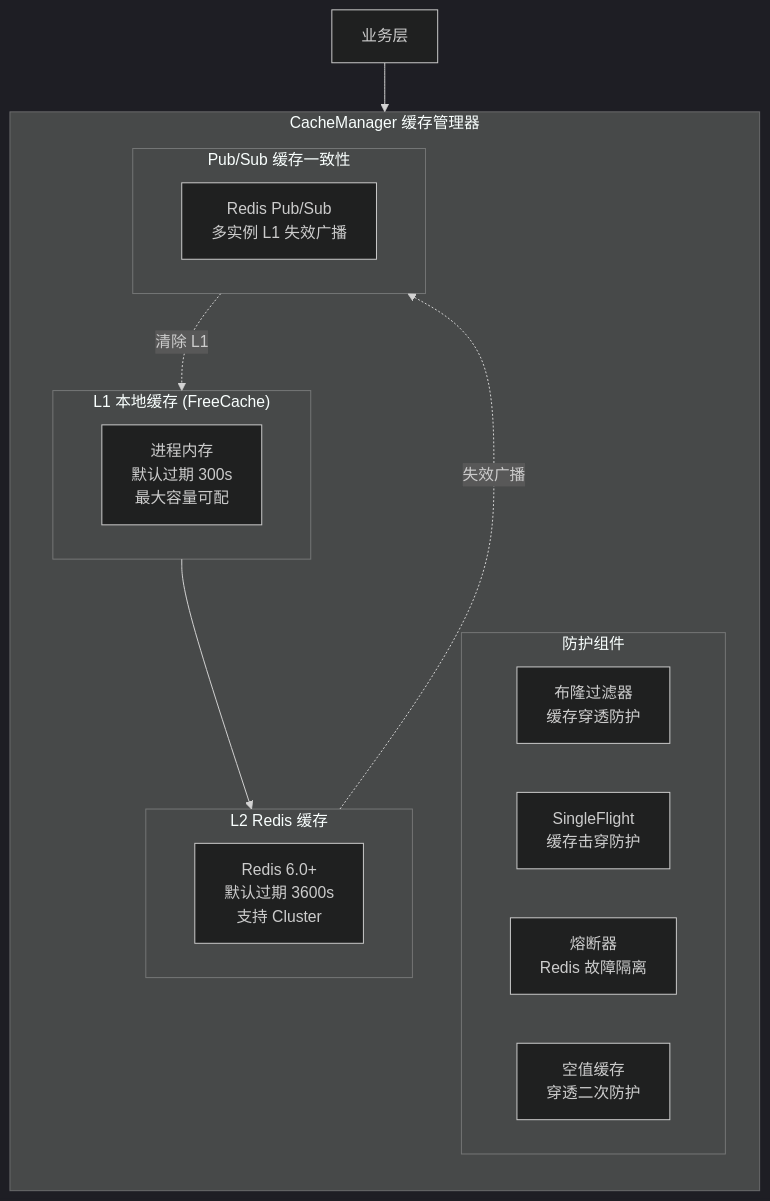
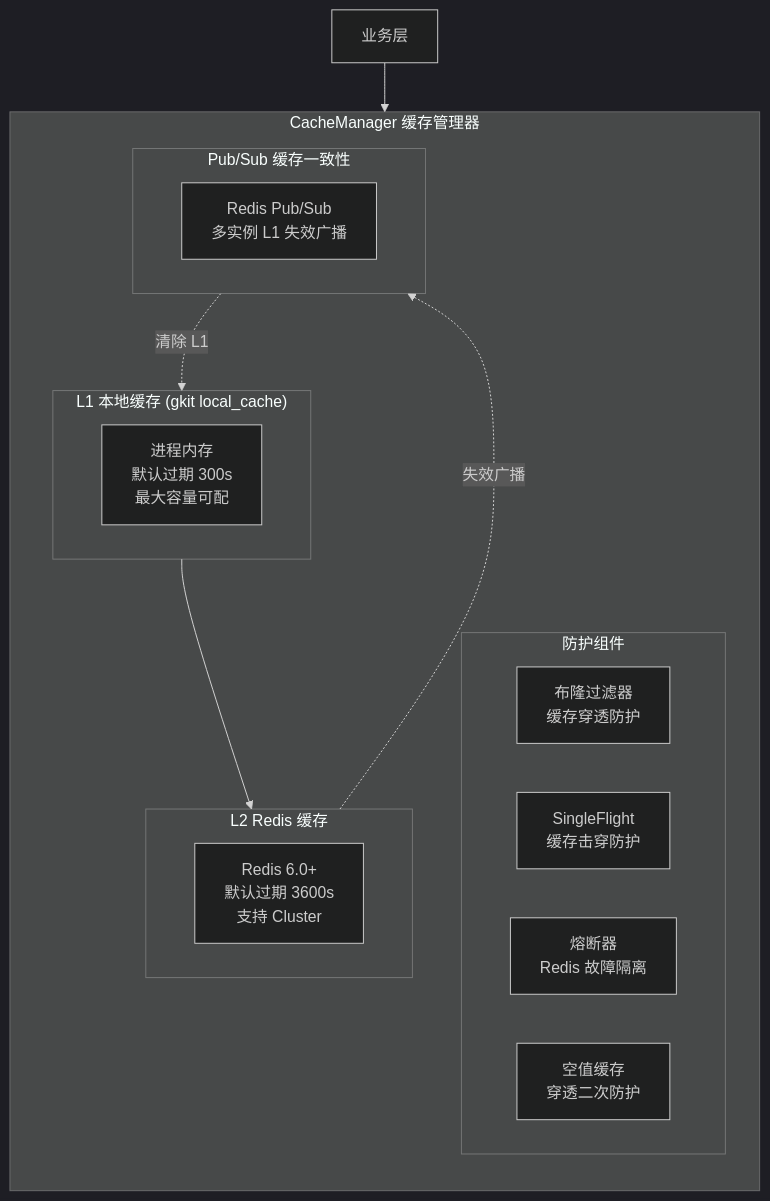
The fifth of 9 diagrams in dehaze-doc/docs/02-系统架构/07-后端基础设施设计(Go).md (earthy-zinc/dehaze-system), drawn with Mermaid (dark theme) before and after one commit. The commit also changed other lines of this file and 19 other files, not shown here.

````diff
--- a/dehaze-doc/docs/02-系统架构/07-后端基础设施设计(Go).md
+++ b/dehaze-doc/docs/02-系统架构/07-后端基础设施设计(Go).md
@@ -365,30 +365,30 @@
 ```mermaid
 flowchart TB
     subgraph CacheManager["CacheManager 缓存管理器"]
         direction TB
 
-        subgraph L1["L1 本地缓存 (FreeCache)"]
+        subgraph L1["L1 本地缓存 (gkit local_cache)"]
             L1Detail["进程内存<br/>默认过期 300s<br/>最大容量可配"]
         end
 
         subgraph L2["L2 Redis 缓存"]
             L2Detail["Redis 6.0+<br/>默认过期 3600s<br/>支持 Cluster"]
         end
 
         subgraph Protection["防护组件"]
             BloomFilter["布隆过滤器<br/>缓存穿透防护"]
             SingleFlight["SingleFlight<br/>缓存击穿防护"]
             Breaker["熔断器<br/>Redis 故障隔离"]
             NullCache["空值缓存<br/>穿透二次防护"]
         end
 
         subgraph PubSub["Pub/Sub 缓存一致性"]
             Invalidation["Redis Pub/Sub<br/>多实例 L1 失效广播"]
         end
     end
 
     App["业务层"] --> CacheManager
     L1 --> L2
     L2 -.->|"失效广播"| PubSub
     PubSub -.->|"清除 L1"| L1
 ```
````
